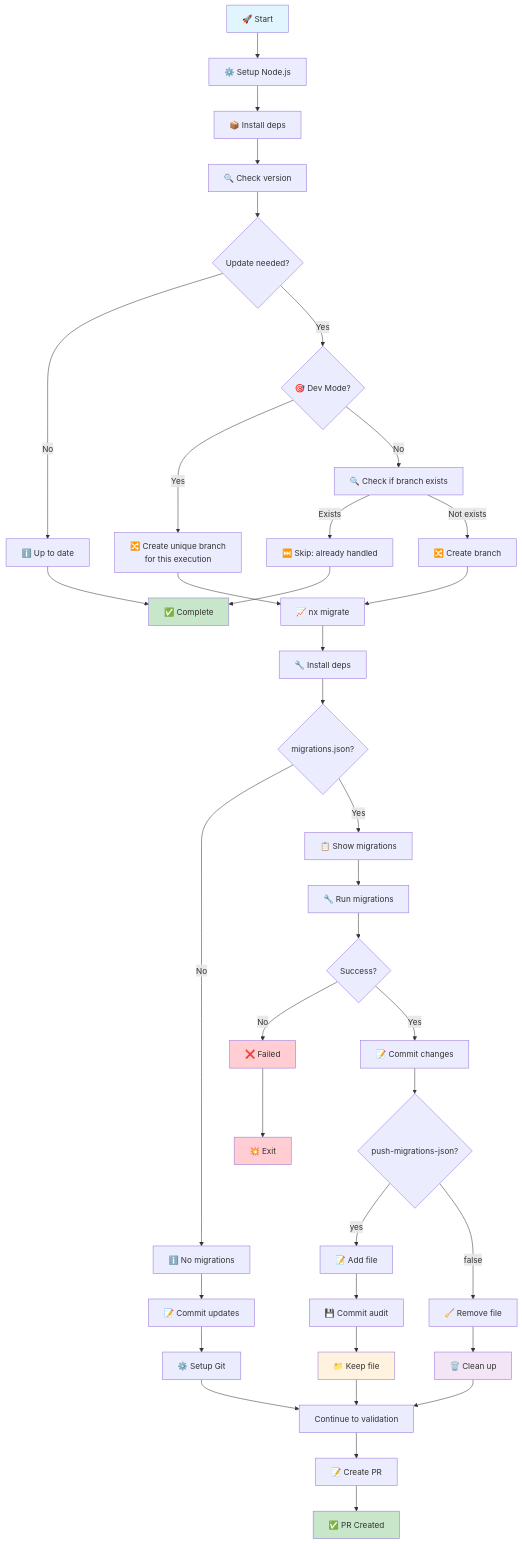
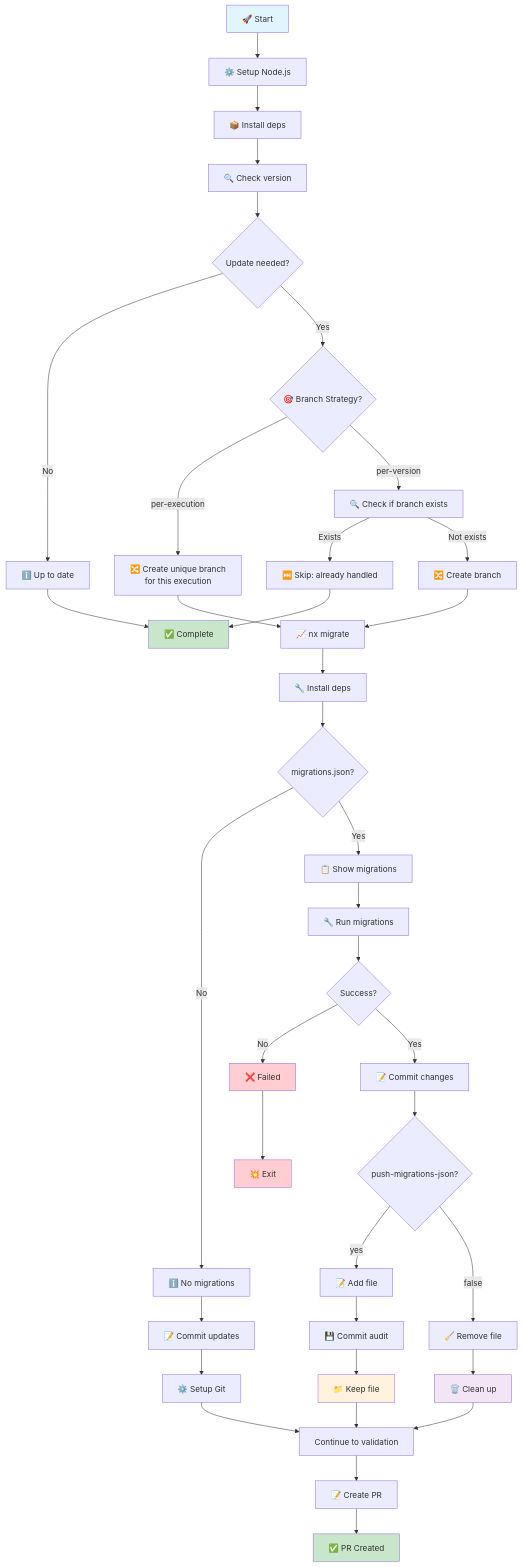
Before and after one commit to gridatek/nx-migrate-action: the diagram in docs/migration-flow.md, drawn with Mermaid. The commit also changed other lines of this file and 4 other files, not shown here.

````diff
--- a/docs/migration-flow.md
+++ b/docs/migration-flow.md
@@ -7,56 +7,56 @@
 ```mermaid
 flowchart TD
     A[🚀 Start] --> B[⚙️ Setup Node.js]
     B --> C[📦 Install deps]
     C --> D[🔍 Check version]
     D --> E{Update needed?}
 
     E -->|No| F[ℹ️ Up to date]
     F --> G[✅ Complete]
 
-    E -->|Yes| H1{🎯 Dev Mode?}
-    H1 -->|Yes| H2[🔀 Create unique branch<br/>for this execution]
-    H1 -->|No| H3[🔍 Check if branch exists]
+    E -->|Yes| H1{🎯 Branch Strategy?}
+    H1 -->|per-execution| H2[🔀 Create unique branch<br/>for this execution]
+    H1 -->|per-version| H3[🔍 Check if branch exists]
     H3 -->|Exists| H4[⏭️ Skip: already handled]
     H4 --> G
     H3 -->|Not exists| H5[🔀 Create branch]
     H2 --> H[📈 nx migrate]
     H5 --> H
     H --> I[🔧 Install deps]
     I --> J{migrations.json?}
 
     J -->|No| K[ℹ️ No migrations]
     K --> L[📝 Commit updates]
     L --> M[⚙️ Setup Git]
     M --> N[Continue to validation]
 
     J -->|Yes| O[📋 Show migrations]
     O --> P[🔧 Run migrations]
     P --> Q{Success?}
 
     Q -->|No| R[❌ Failed]
     R --> S[💥 Exit]
 
     Q -->|Yes| T[📝 Commit changes]
     T --> U{push-migrations-json?}
 
     U -->|yes| V[📝 Add file]
     V --> W[💾 Commit audit]
     W --> X[📁 Keep file]
     X --> N
 
     U -->|false| Y[🧹 Remove file]
     Y --> Z[🗑️ Clean up]
     Z --> N
 
     N --> AF[📝 Create PR]
     AF --> AH[✅ PR Created]
 
     style A fill:#e1f5fe
     style G fill:#c8e6c9
     style AH fill:#c8e6c9
     style S fill:#ffcdd2
     style R fill:#ffcdd2
     style X fill:#fff3e0
     style Z fill:#f3e5f5
 ```
````
